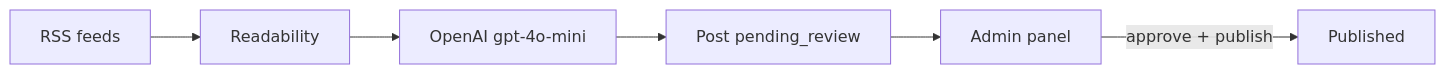
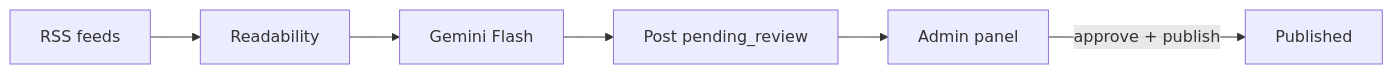
One commit to yattaran/nopromete changed the diagram in README.md. Above: the diagram before and after it, drawn with Mermaid. The commit also changed other lines of this file and 25 other files, not shown here.

````diff
--- a/README.md
+++ b/README.md
@@ -43,8 +43,8 @@
 ```mermaid
 flowchart LR
   RSS[RSS feeds] --> Extract[Readability]
-  Extract --> LLM[OpenAI gpt-4o-mini]
+  Extract --> LLM[Gemini Flash]
   LLM --> Draft[Post pending_review]
   Draft --> Admin[Admin panel]
   Admin -->|approve + publish| Published[Published]
 ```
````
